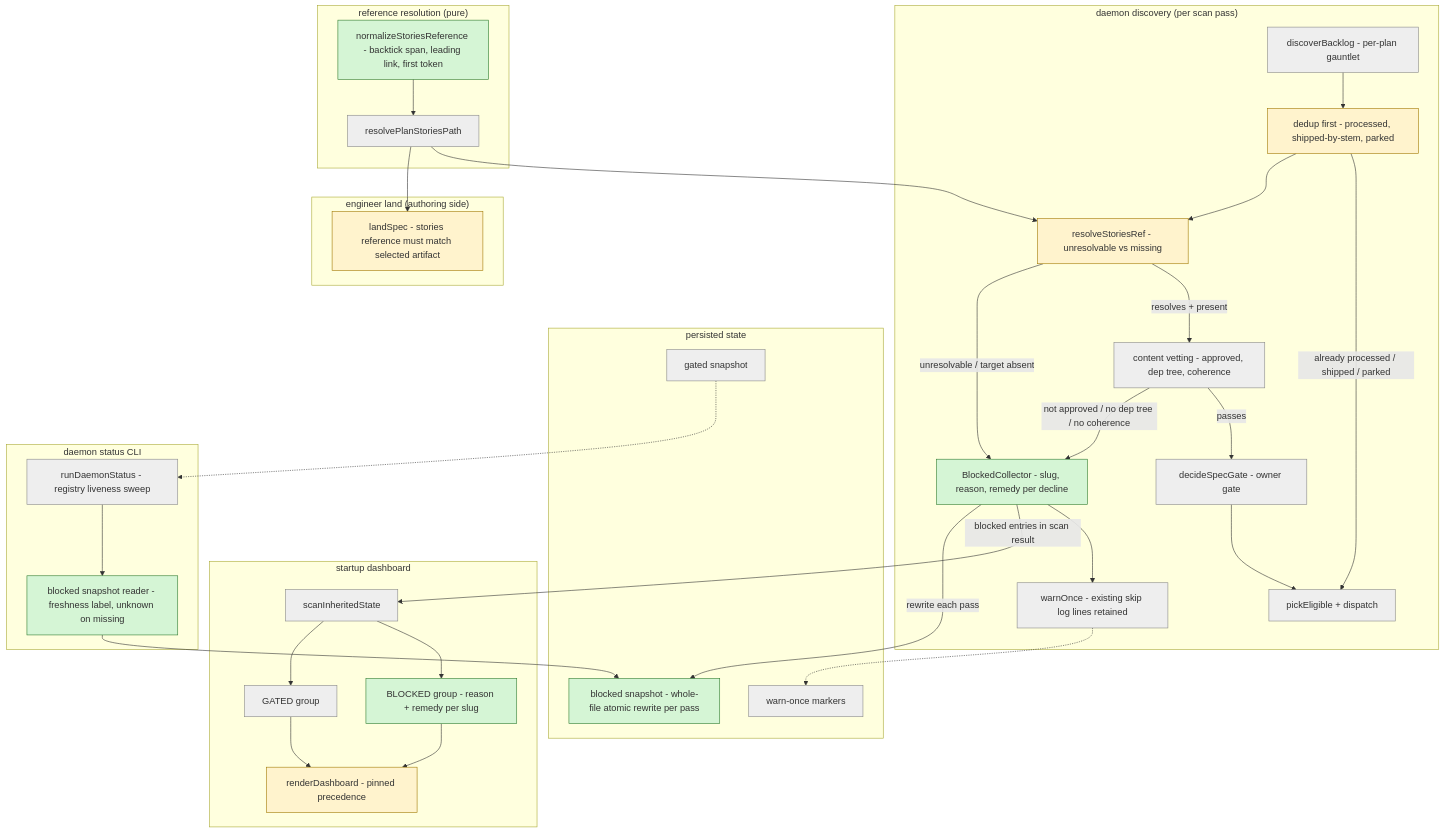
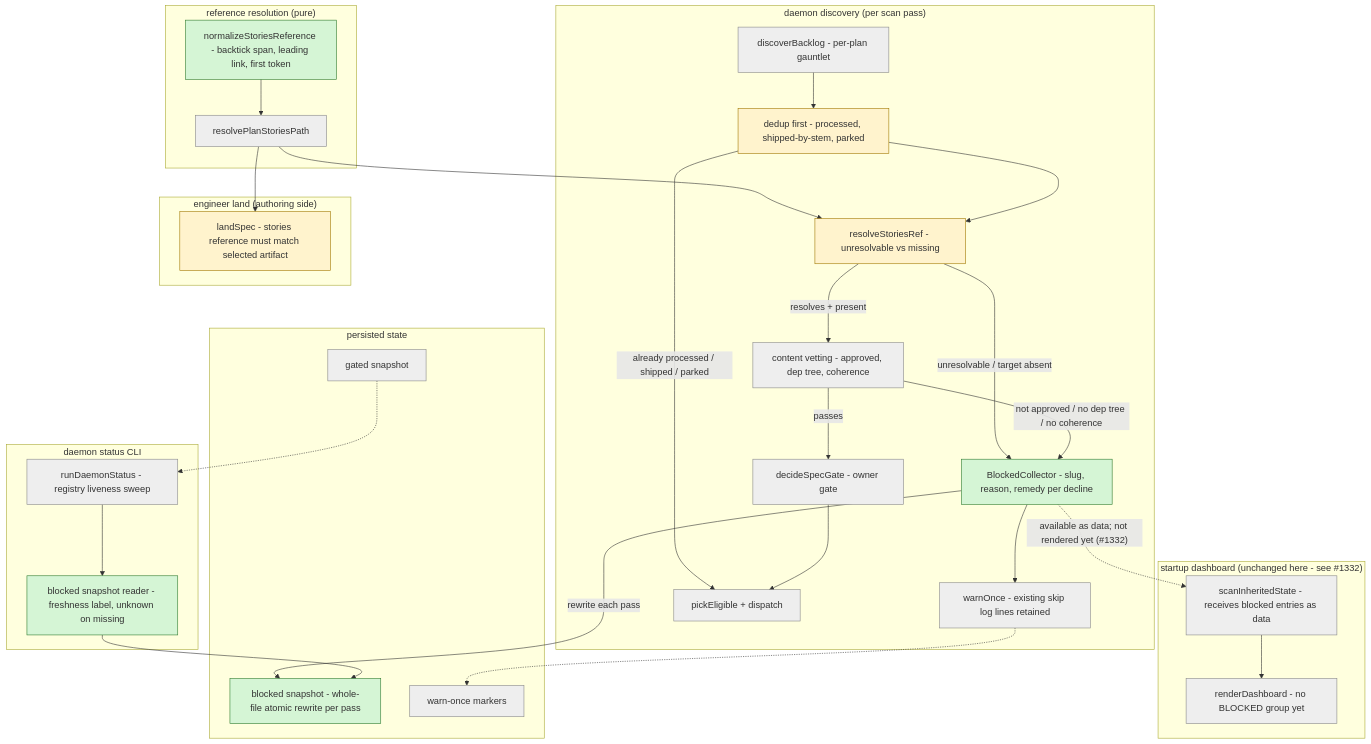
Before and after one commit to jstoup111/ai-conductor: the first of 3 diagrams in .docs/architecture/annotated-stories-line-makes-a-merged-spec-silentl.md, drawn with Mermaid. The commit also changed other lines of this file and 8 other files, not shown here.

````diff
--- a/.docs/architecture/annotated-stories-line-makes-a-merged-spec-silentl.md
+++ b/.docs/architecture/annotated-stories-line-makes-a-merged-spec-silentl.md
@@ -13,68 +13,63 @@
 ```mermaid
 graph TD
   subgraph resolve["reference resolution (pure)"]
     RES["resolvePlanStoriesPath"]:::existing
     NORM["normalizeStoriesReference - backtick span, leading link, first token"]:::new
   end
 
   subgraph daemon["daemon discovery (per scan pass)"]
     DB["discoverBacklog - per-plan gauntlet"]:::existing
     DEDUP["dedup first - processed, shipped-by-stem, parked"]:::changed
     SREF["resolveStoriesRef - unresolvable vs missing"]:::changed
     VET["content vetting - approved, dep tree, coherence"]:::existing
     COLL["BlockedCollector - slug, reason, remedy per decline"]:::new
     WARN["warnOnce - existing skip log lines retained"]:::existing
     OG["decideSpecGate - owner gate"]:::existing
     PICK["pickEligible + dispatch"]:::existing
   end
 
   subgraph persist["persisted state"]
     SNAP["blocked snapshot - whole-file atomic rewrite per pass"]:::new
     GSNAP["gated snapshot"]:::existing
     WMARK["warn-once markers"]:::existing
   end
 
-  subgraph dash["startup dashboard"]
-    SCAN["scanInheritedState"]:::existing
-    BGRP["BLOCKED group - reason + remedy per slug"]:::new
-    GGRP["GATED group"]:::existing
-    REND["renderDashboard - pinned precedence"]:::changed
+  subgraph dash["startup dashboard (unchanged here - see #1332)"]
+    SCAN["scanInheritedState - receives blocked entries as data"]:::existing
+    REND["renderDashboard - no BLOCKED group yet"]:::existing
   end
 
   subgraph observe["daemon status CLI"]
     STAT["runDaemonStatus - registry liveness sweep"]:::existing
     BREAD["blocked snapshot reader - freshness label, unknown on missing"]:::new
   end
 
   subgraph land["engineer land (authoring side)"]
     LAND["landSpec - stories reference must match selected artifact"]:::changed
   end
 
   NORM --> RES
   RES --> SREF
   RES --> LAND
   DB --> DEDUP
   DEDUP -- "already processed / shipped / parked" --> PICK
   DEDUP --> SREF
   SREF -- "resolves + present" --> VET
   SREF -- "unresolvable / target absent" --> COLL
   VET -- "passes" --> OG
   VET -- "not approved / no dep tree / no coherence" --> COLL
   COLL --> WARN
   WARN -.-> WMARK
   OG --> PICK
-  COLL -- "blocked entries in scan result" --> SCAN
+  COLL -. "available as data; not rendered yet (#1332)" .-> SCAN
   COLL -- "rewrite each pass" --> SNAP
-  SCAN --> BGRP
-  SCAN --> GGRP
-  BGRP --> REND
-  GGRP --> REND
+  SCAN --> REND
   STAT --> BREAD
   BREAD --> SNAP
   GSNAP -.-> STAT
 
   classDef new fill:#d5f5d5,stroke:#2d7a2d
   classDef changed fill:#fff3cd,stroke:#a07800
   classDef existing fill:#eeeeee,stroke:#888888
   classDef ext fill:#e6e6fa,stroke:#6a5acd
 ```
````
